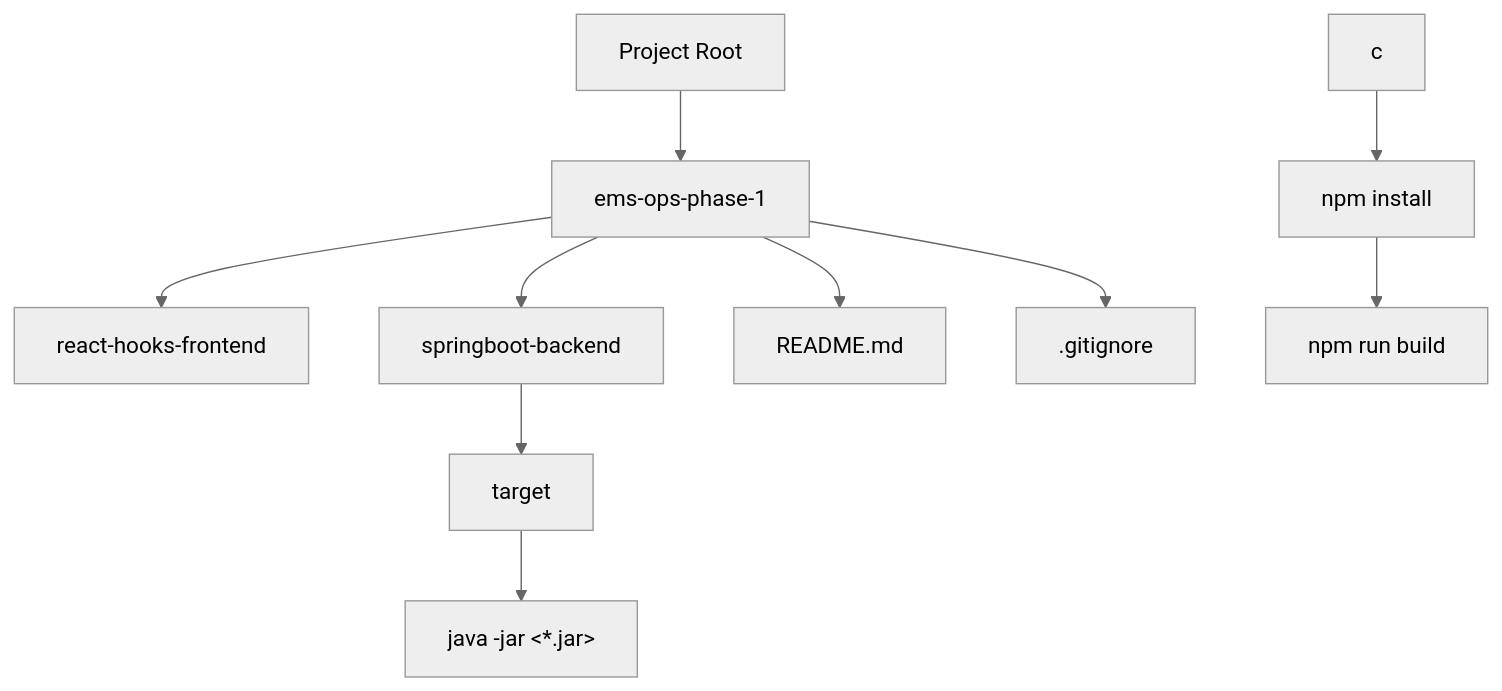
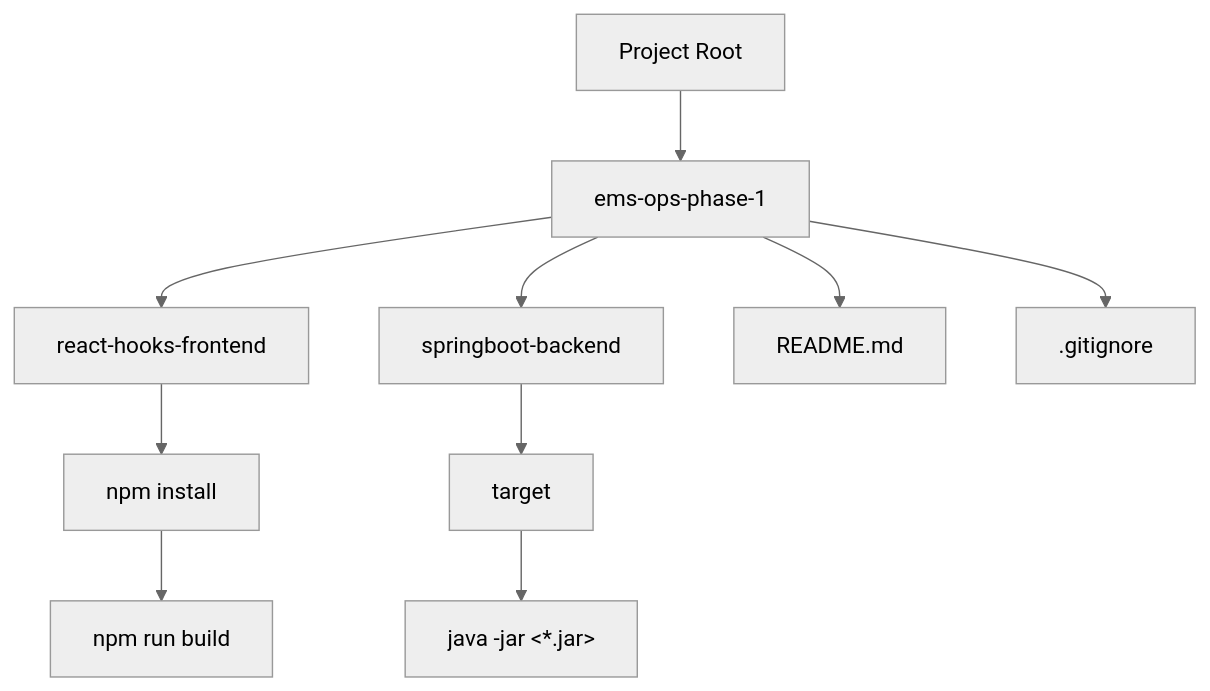
One commit to Sruthi-22012002/Tomcat changed the first of 3 diagrams in 3-tier-application/README.md. Above: the diagram before and after it, drawn with Mermaid (neutral theme).

````diff
--- a/3-tier-application/README.md
+++ b/3-tier-application/README.md
@@ -34,15 +34,15 @@
 ```mermaid
 flowchart TD
     A[Project Root] --> B[ems-ops-phase-1]
     
     B --> C[react-hooks-frontend]
     B --> D[springboot-backend]
     B --> E[README.md]
     B --> F[.gitignore]
 
-    c --> G[npm install]
+    C --> G[npm install]
     G --> H[npm run build]
 
     D --> I[target]
     I -->J[java -jar <*.jar>]
 ```
````
